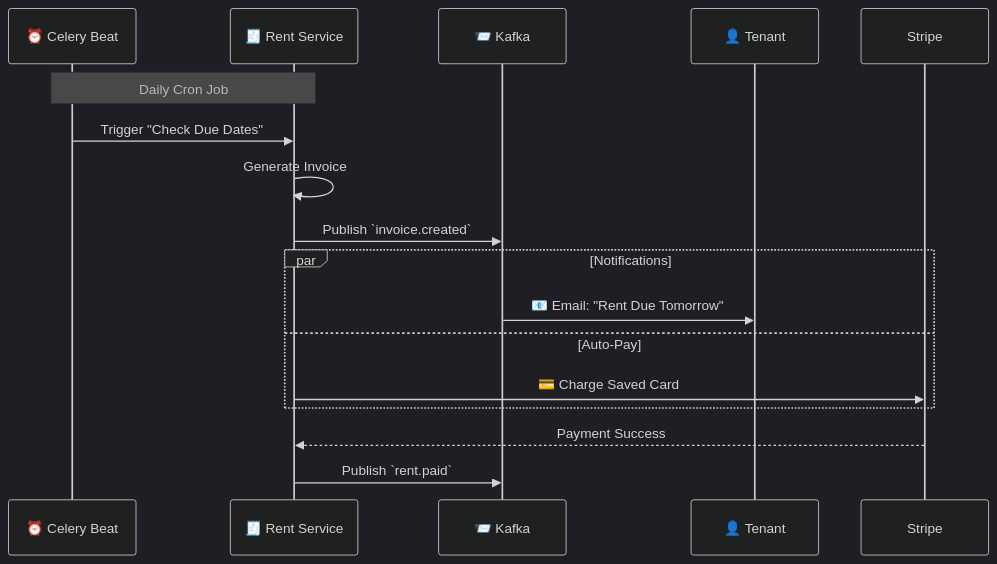
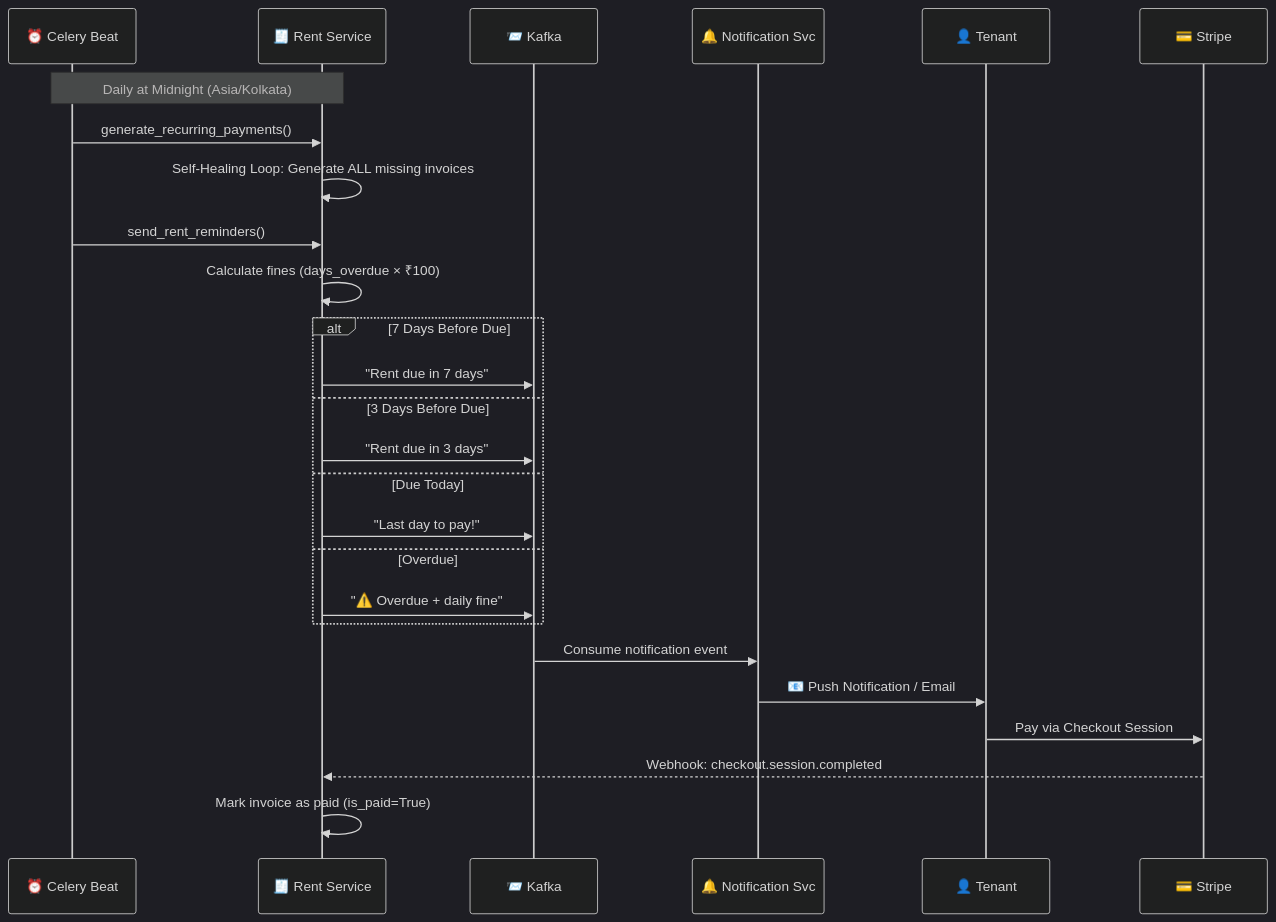
The third of 4 diagrams in README.md (AdilAbubacker/rentezy_backend), drawn with Mermaid (dark theme) before and after one commit. The commit also changed other lines of this file, not shown here.

````diff
--- a/README.md
+++ b/README.md
@@ -441,21 +435,32 @@
 ```mermaid
 sequenceDiagram
     participant Beat as ⏰ Celery Beat
     participant Rent as 🧾 Rent Service
     participant Kafka as 📨 Kafka
+    participant Notif as 🔔 Notification Svc
     participant User as 👤 Tenant
+    participant Stripe as 💳 Stripe
 
-    Note over Beat, Rent: Daily Cron Job
-    Beat->>Rent: Trigger "Check Due Dates"
-    Rent->>Rent: Generate Invoice
-    Rent->>Kafka: Publish `invoice.created`
+    Note over Beat, Rent: Daily at Midnight (Asia/Kolkata)
+    Beat->>Rent: generate_recurring_payments()
+    Rent->>Rent: Self-Healing Loop: Generate ALL missing invoices
     
-    par Notifications
-        Kafka->>User: 📧 Email: "Rent Due Tomorrow"
-    and Auto-Pay
-        Rent->>Stripe: 💳 Charge Saved Card
+    Beat->>Rent: send_rent_reminders()
+    Rent->>Rent: Calculate fines (days_overdue × ₹100)
+    
+    alt 7 Days Before Due
+        Rent->>Kafka: "Rent due in 7 days"
+    else 3 Days Before Due
+        Rent->>Kafka: "Rent due in 3 days"
+    else Due Today
+        Rent->>Kafka: "Last day to pay!"
+    else Overdue
+        Rent->>Kafka: "⚠️ Overdue + daily fine"
     end
     
-    Stripe-->>Rent: Payment Success
-    Rent->>Kafka: Publish `rent.paid`
+    Kafka->>Notif: Consume notification event
+    Notif->>User: 📧 Push Notification / Email
+    User->>Stripe: Pay via Checkout Session
+    Stripe-->>Rent: Webhook: checkout.session.completed
+    Rent->>Rent: Mark invoice as paid (is_paid=True)
 ```
````
